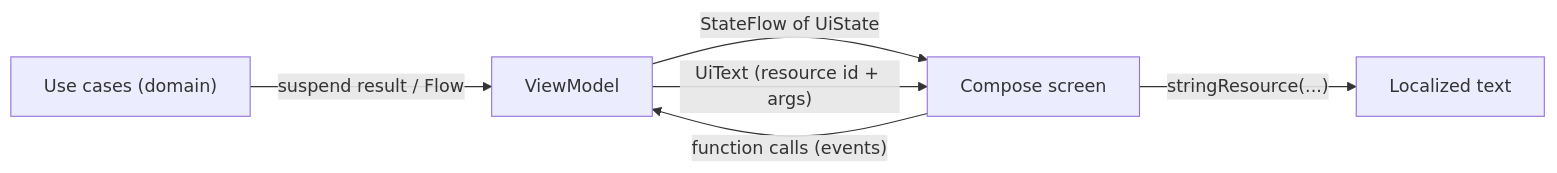
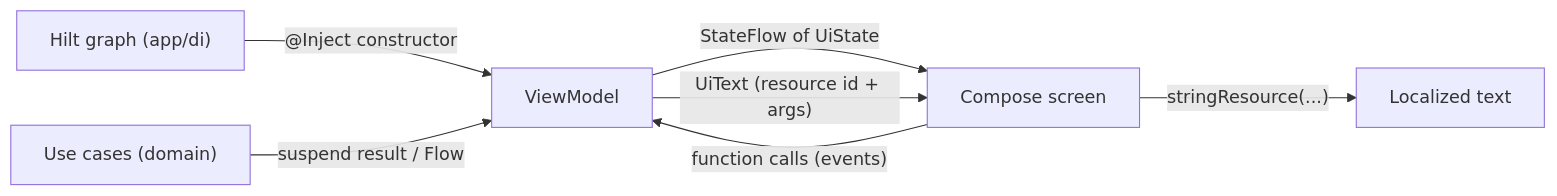
One commit to mannetje/health_journal changed the second of 3 diagrams in docs/dev/design.md. Above: the diagram before and after it, drawn with Mermaid. The commit also changed other lines of this file and 15 other files, not shown here.

Commit message:
docs: describe Hilt in the architecture, C4, conventions and how-to docs, add a dependency injection page, accept ADR 0035 (adopt-hilt-dependency-injection 3.4)

````diff
--- a/docs/dev/design.md
+++ b/docs/dev/design.md
@@ -70,8 +70,9 @@
 ```mermaid
 flowchart LR
-    UC["Use cases (domain)"] -->|"suspend result / Flow"| VM["ViewModel"]
+    DI["Hilt graph (app/di)"] -->|"@Inject constructor"| VM["ViewModel"]
+    UC["Use cases (domain)"] -->|"suspend result / Flow"| VM
     VM -->|"StateFlow of UiState"| SCR["Compose screen"]
     SCR -->|"function calls (events)"| VM
     VM -->|"UiText (resource id + args)"| SCR
     SCR -->|"stringResource(...)"| TXT["Localized text"]
 ```
````
